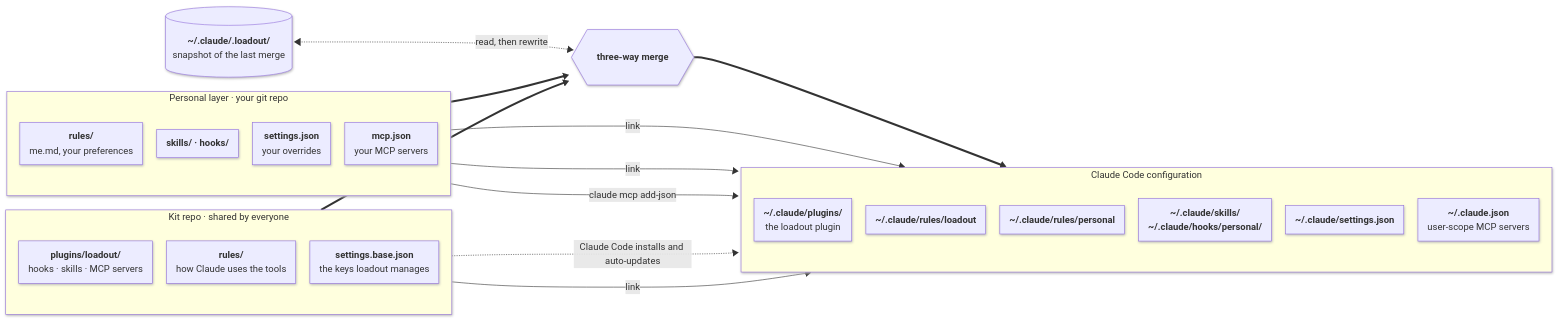
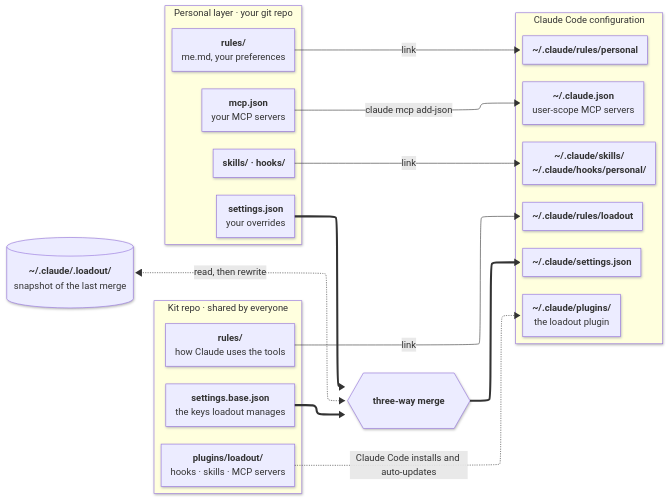
Before and after one commit to jonasyr/agent-loadout: the diagram in docs/diagrams/architecture-overview.mmd, drawn with Mermaid. The commit also changed 2 other files, not shown here.

Commit message:
fix(diagrams): lay out the architecture overview with ELK so its groups keep their columns

```diff
--- a/docs/diagrams/architecture-overview.mmd
+++ b/docs/diagrams/architecture-overview.mmd
@@ -1,68 +1,69 @@
 ---
 config:
   look: neo
+  layout: elk
   flowchart:
     curve: basis
     nodeSpacing: 24
     rankSpacing: 80
     wrappingWidth: 320
 ---
 flowchart LR
   subgraph KIT["Kit repo · shared by everyone"]
     direction TB
     kPlugin["`**plugins/loadout/**
     hooks · skills · MCP servers`"]
     kRules["`**rules/**
     how Claude uses the tools`"]
     kBase["`**settings.base.json**
     the keys loadout manages`"]
   end
 
   subgraph PER["Personal layer · your git repo"]
     direction TB
     pRules["`**rules/**
     me.md, your preferences`"]
     pSkills["`**skills/ · hooks/**`"]
     pSet["`**settings.json**
     your overrides`"]
     pMcp["`**mcp.json**
     your MCP servers`"]
   end
 
   merge{{"`**three-way merge**`"}}
   snap[("`**~/.claude/.loadout/**
   snapshot of the last merge`")]
 
   subgraph CC["Claude Code configuration"]
     direction TB
     cPlugin["`**~/.claude/plugins/**
     the loadout plugin`"]
     cRulesK["`**~/.claude/rules/loadout**`"]
     cRulesP["`**~/.claude/rules/personal**`"]
     cSkills["`**~/.claude/skills/**
     **~/.claude/hooks/personal/**`"]
     cSet["`**~/.claude/settings.json**`"]
     cMcp["`**~/.claude.json**
     user-scope MCP servers`"]
   end
 
   kPlugin -. "Claude Code installs and auto-updates" .-> cPlugin
   kRules -- link --> cRulesK
   pRules -- link --> cRulesP
   pSkills -- link --> cSkills
   kBase e4@==> merge
   pSet e5@==> merge
   snap <-. "read, then rewrite" .-> merge
   merge e7@==> cSet
   pMcp -- "claude mcp add-json" --> cMcp
 
   class kPlugin,kRules,kBase kit
   class pRules,pSkills,pSet,pMcp personal
   class cPlugin,cRulesK,cRulesP,cSkills,cSet,cMcp claude
   class merge engine
   class snap state
   class KIT kitGroup
   class PER personalGroup
   class CC claudeGroup
   class e4,e5,e7 emph
 %% palette
```
